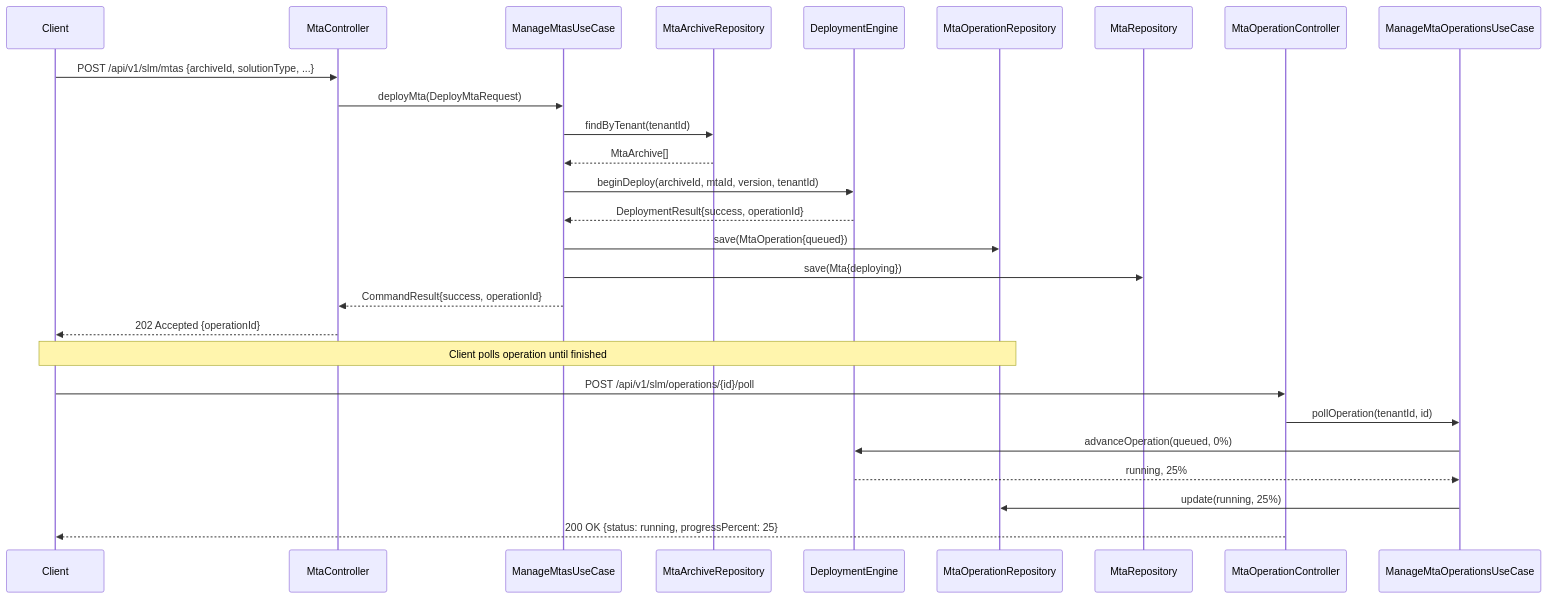
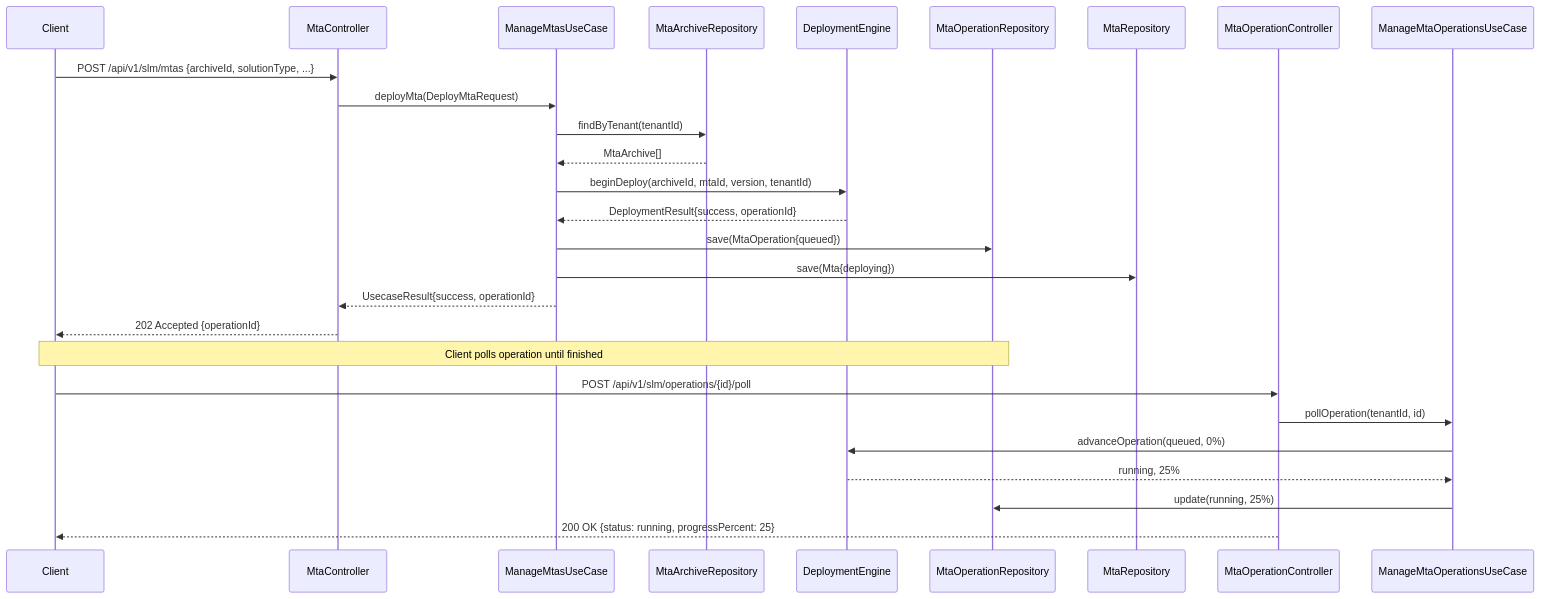
One commit to UIMSolutions/uim-platform changed the third of 7 diagrams in solution-lifecycle/UML.md. Above: the diagram before and after it, drawn with Mermaid. The commit also changed other lines of this file and 907 other files, not shown here.

Commit message:
Rename CommandResult

````diff
--- a/solution-lifecycle/UML.md
+++ b/solution-lifecycle/UML.md
@@ -205,29 +205,29 @@
 ```mermaid
 sequenceDiagram
     participant Client
     participant MtaController
     participant ManageMtasUseCase
     participant MtaArchiveRepository
     participant DeploymentEngine
     participant MtaOperationRepository
     participant MtaRepository
 
     Client->>MtaController: POST /api/v1/slm/mtas {archiveId, solutionType, ...}
     MtaController->>ManageMtasUseCase: deployMta(DeployMtaRequest)
     ManageMtasUseCase->>MtaArchiveRepository: findByTenant(tenantId)
     MtaArchiveRepository-->>ManageMtasUseCase: MtaArchive[]
     ManageMtasUseCase->>DeploymentEngine: beginDeploy(archiveId, mtaId, version, tenantId)
     DeploymentEngine-->>ManageMtasUseCase: DeploymentResult{success, operationId}
     ManageMtasUseCase->>MtaOperationRepository: save(MtaOperation{queued})
     ManageMtasUseCase->>MtaRepository: save(Mta{deploying})
-    ManageMtasUseCase-->>MtaController: CommandResult{success, operationId}
+    ManageMtasUseCase-->>MtaController: UsecaseResult{success, operationId}
     MtaController-->>Client: 202 Accepted {operationId}
 
     Note over Client,MtaOperationRepository: Client polls operation until finished
     Client->>MtaOperationController: POST /api/v1/slm/operations/{id}/poll
     MtaOperationController->>ManageMtaOperationsUseCase: pollOperation(tenantId, id)
     ManageMtaOperationsUseCase->>DeploymentEngine: advanceOperation(queued, 0%)
     DeploymentEngine-->>ManageMtaOperationsUseCase: running, 25%
     ManageMtaOperationsUseCase->>MtaOperationRepository: update(running, 25%)
     MtaOperationController-->>Client: 200 OK {status: running, progressPercent: 25}
 ```
````
